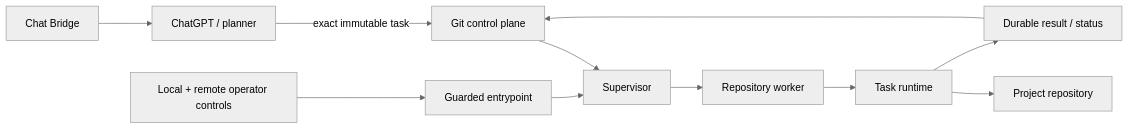
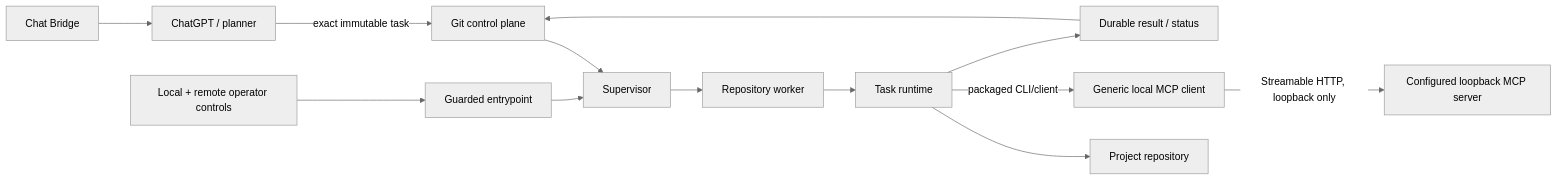
The first of 3 diagrams in docs/ARCHITECTURE.md (MichalMatu/local-agent), drawn with Mermaid (neutral theme) before and after one commit. The commit also changed other lines of this file, not shown here.

Commit message:
Document MCP architecture boundary

````diff
--- a/docs/ARCHITECTURE.md
+++ b/docs/ARCHITECTURE.md
@@ -9,24 +9,28 @@
 ```mermaid
 flowchart LR
     Planner["ChatGPT / planner"]
     Bridge["Chat Bridge"]
     Control["Git control plane"]
     Entry["Guarded entrypoint"]
     Supervisor["Supervisor"]
     Worker["Repository worker"]
     Runtime["Task runtime"]
+    MCP["Generic local MCP client"]
+    LocalApp["Configured loopback MCP server"]
     Repo["Project repository"]
     Results["Durable result / status"]
     Operator["Local + remote operator controls"]
 
     Bridge --> Planner
     Planner -->|exact immutable task| Control
     Control --> Supervisor
     Operator --> Entry
     Entry --> Supervisor
     Supervisor --> Worker
     Worker --> Runtime
     Runtime --> Repo
+    Runtime -->|packaged CLI/client| MCP
+    MCP -->|Streamable HTTP, loopback only| LocalApp
     Runtime --> Results
     Results --> Control
 ```
````
